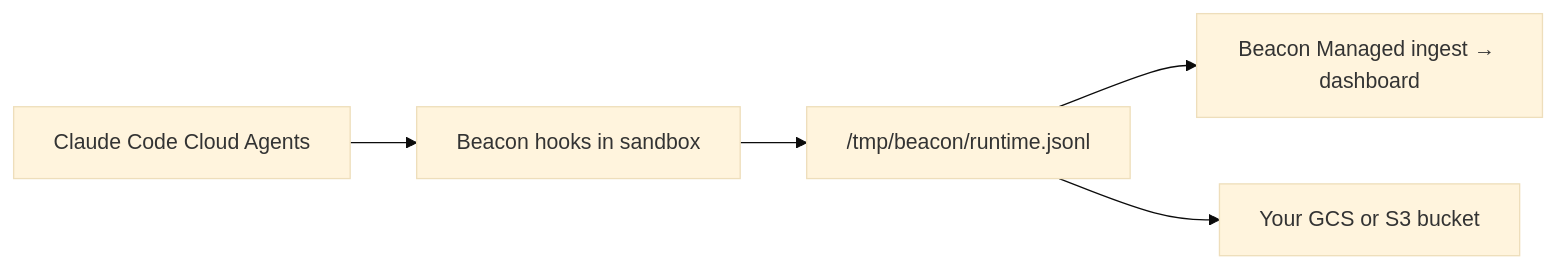
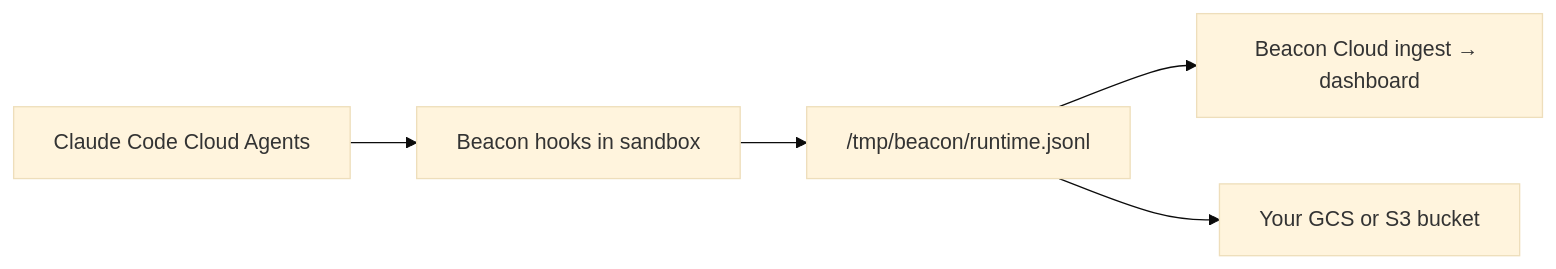
Before and after one commit to Asymptote-Labs/agent-beacon: the diagram in docs/runtimes/claude-code-cloud-agents.mdx, drawn with Mermaid (base theme). The commit also changed other lines of this file and 97 other files, not shown here.

````diff
--- a/docs/runtimes/claude-code-cloud-agents.mdx
+++ b/docs/runtimes/claude-code-cloud-agents.mdx
@@ -28,7 +28,7 @@
 ```mermaid
 flowchart LR
   ClaudeWeb["Claude Code Cloud Agents"] --> Hooks["Beacon hooks in sandbox"]
   Hooks --> RuntimeLog["/tmp/beacon/runtime.jsonl"]
-  RuntimeLog --> Managed["Beacon Managed ingest → dashboard"]
+  RuntimeLog --> Managed["Beacon Cloud ingest → dashboard"]
   RuntimeLog --> Storage["Your GCS or S3 bucket"]
 ```
````
